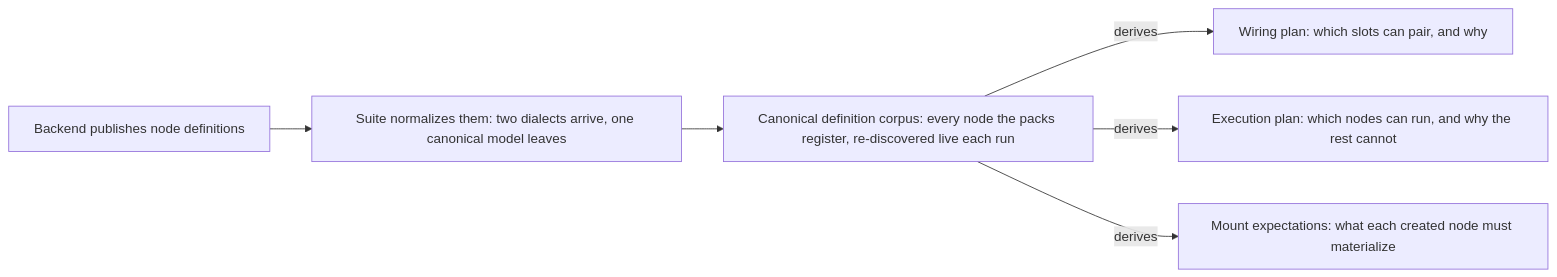
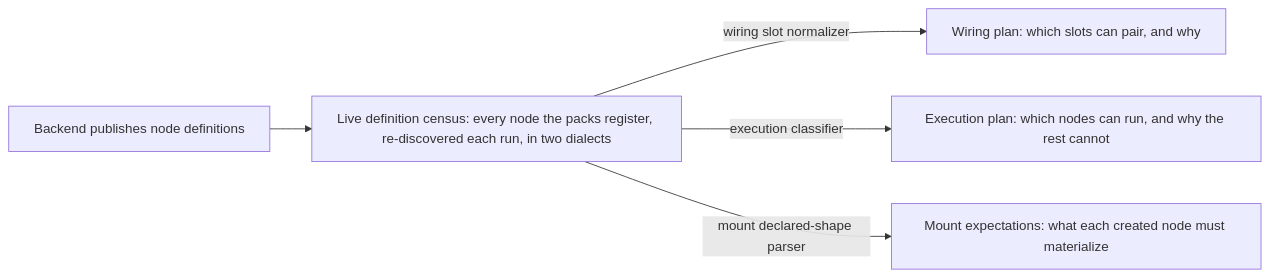
One commit to Comfy-Org/ComfyUI_frontend changed the fourth of 9 diagrams in browser_tests/tests/customNodes/ARCHITECTURE.md. Above: the diagram before and after it, drawn with Mermaid. The commit also changed other lines of this file and 1 other file, not shown here.

Commit message:
docs(custom-nodes): section 6 shows the census feeding three parsers; onboarding mirrors the scoped invariant
Round-3 review follow-ups: the definition-pipeline diagram no longer
implies a centralized normalizer (live census -> wiring slot normalizer /
execution classifier / mount declared-shape parser, matching section 4),
and ADDING_CUSTOM_NODES scopes the zero-visible-errors claim to the tiers
that assert it, same wording as the README.

````diff
--- a/browser_tests/tests/customNodes/ARCHITECTURE.md
+++ b/browser_tests/tests/customNodes/ARCHITECTURE.md
@@ -254,9 +254,8 @@
 ```mermaid
 %%{init: {"flowchart": {"wrappingWidth": 380}}}%%
 flowchart LR
-    PUB["Backend publishes node definitions"] --> NORM["Suite normalizes them: two dialects arrive, one canonical model leaves"]
-    NORM --> CORPUS["Canonical definition corpus: every node the packs register, re-discovered live each run"]
-    CORPUS -->|"derives"| W["Wiring plan: which slots can pair, and why"]
-    CORPUS -->|"derives"| X["Execution plan: which nodes can run, and why the rest cannot"]
-    CORPUS -->|"derives"| M["Mount expectations: what each created node must materialize"]
+    PUB["Backend publishes node definitions"] --> CORPUS["Live definition census: every node the packs register, re-discovered each run, in two dialects"]
+    CORPUS -->|"wiring slot normalizer"| W["Wiring plan: which slots can pair, and why"]
+    CORPUS -->|"execution classifier"| X["Execution plan: which nodes can run, and why the rest cannot"]
+    CORPUS -->|"mount declared-shape parser"| M["Mount expectations: what each created node must materialize"]
 ```
````
